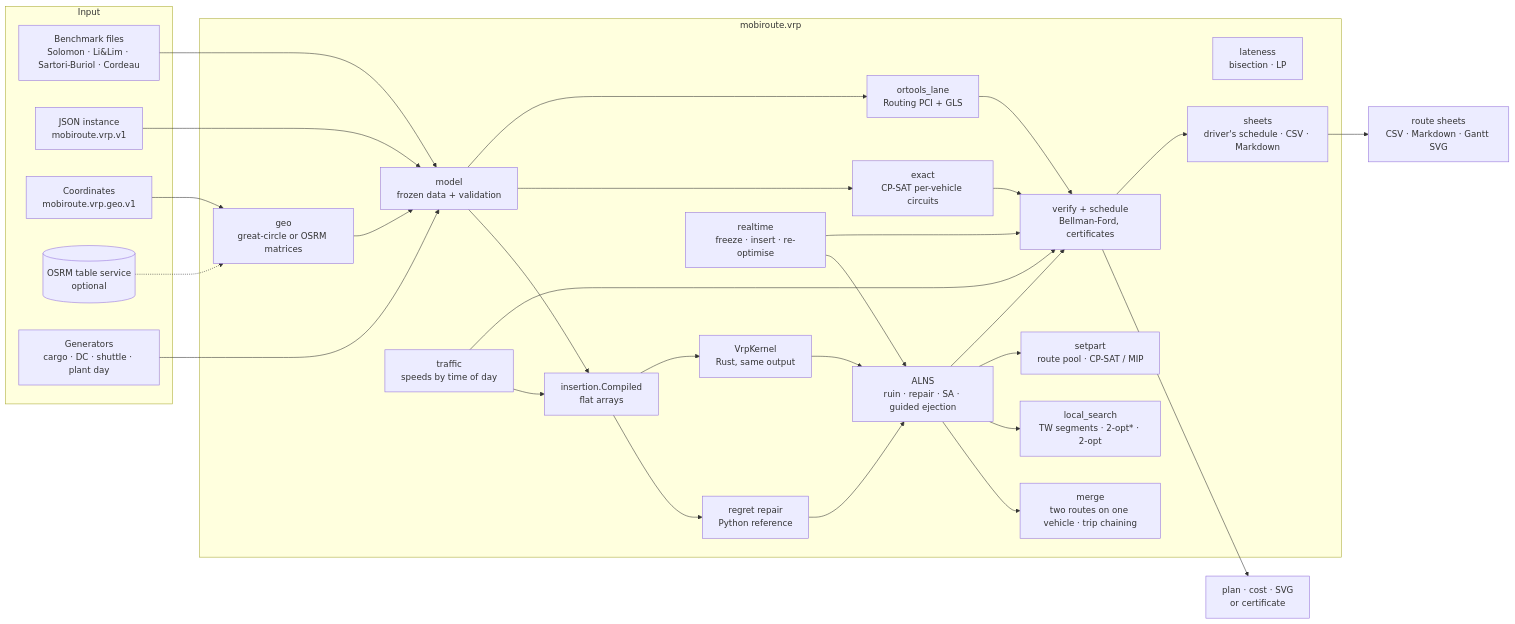
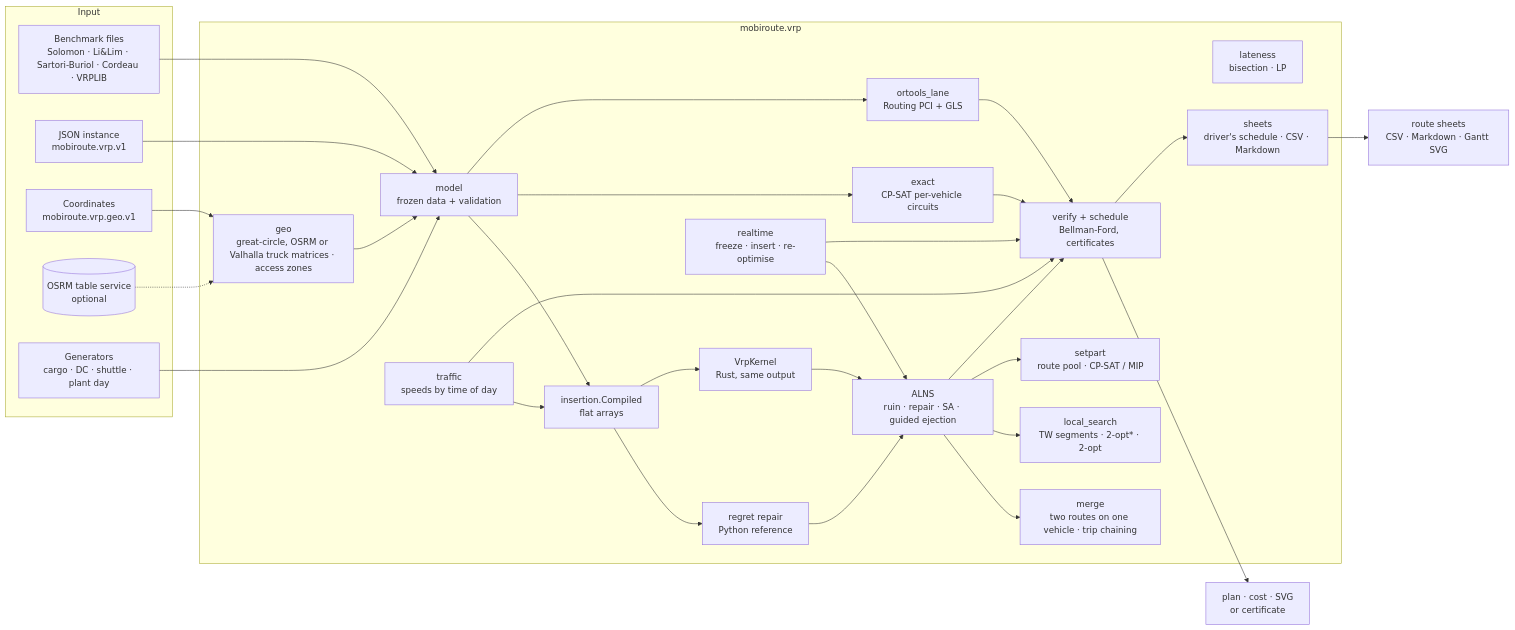
The diagram in docs/architecture.md (KonkovDV/SynAPS-MobiRoute), drawn with Mermaid before and after one commit. The commit also changed other lines of this file and 3 other files, not shown here.

Commit message:
docs: architecture and run notes for VRPLIB, zones and Valhalla; test counts

````diff
--- a/docs/architecture.md
+++ b/docs/architecture.md
@@ -3,52 +3,52 @@
 ```mermaid
 flowchart LR
   subgraph input[Input]
-    B[Benchmark files<br/>Solomon · Li&Lim · Sartori-Buriol · Cordeau]
+    B[Benchmark files<br/>Solomon · Li&Lim · Sartori-Buriol · Cordeau · VRPLIB]
     J[JSON instance<br/>mobiroute.vrp.v1]
     GEO[Coordinates<br/>mobiroute.vrp.geo.v1]
     OSRM[(OSRM table service<br/>optional)]
     G[Generators<br/>cargo · DC · shuttle · plant day]
   end
   subgraph vrp[mobiroute.vrp]
     M[model<br/>frozen data + validation]
     C[insertion.Compiled<br/>flat arrays]
     R[regret repair<br/>Python reference]
     K[VrpKernel<br/>Rust, same output]
     A[ALNS<br/>ruin · repair · SA · guided ejection]
     MG[merge<br/>two routes on one vehicle · trip chaining]
     LS[local_search<br/>TW segments · 2-opt* · 2-opt]
     SP[setpart<br/>route pool · CP-SAT / MIP]
     TR[traffic<br/>speeds by time of day]
     X[exact<br/>CP-SAT per-vehicle circuits]
     O[ortools_lane<br/>Routing PCI + GLS]
     L[lateness<br/>bisection · LP]
     T[realtime<br/>freeze · insert · re-optimise]
     V[verify + schedule<br/>Bellman-Ford, certificates]
-    GM[geo<br/>great-circle or OSRM matrices]
+    GM[geo<br/>great-circle, OSRM or Valhalla truck matrices · access zones]
     SH[sheets<br/>driver's schedule · CSV · Markdown]
   end
   B --> M
   J --> M
   G --> M
   GEO --> GM
   OSRM -.-> GM
   GM --> M
   M --> C --> R
   C --> K
   R --> A
   K --> A
   A --> MG
   A --> LS
   A --> SP
   TR --> C
   TR --> V
   M --> X
   M --> O
   A --> V
   X --> V
   O --> V
   T --> A
   T --> V
   V --> OUT[plan · cost · SVG<br/>or certificate]
   V --> SH --> SHEETS[route sheets<br/>CSV · Markdown · Gantt SVG]
 ```
````
